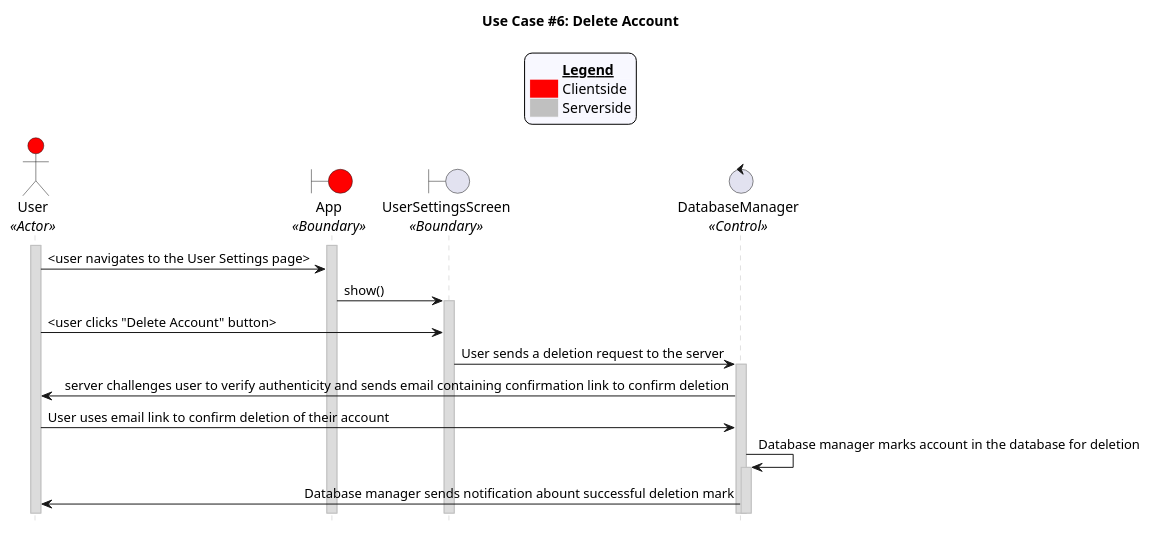
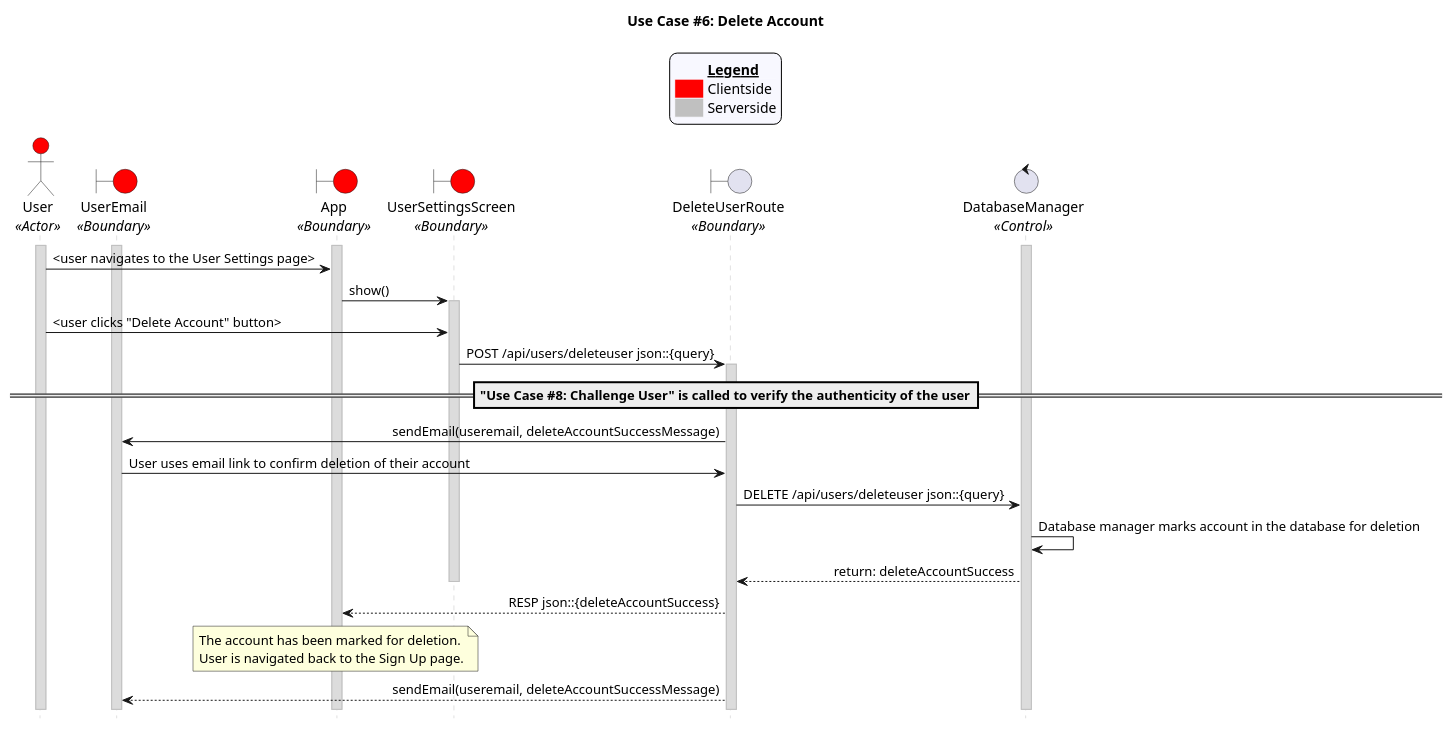
The diagram in uc_06.puml (CECS-491-SP24-Group-1/seq-diagrams), drawn with PlantUML before and after one commit.

```diff
--- a/uc_06.puml
+++ b/uc_06.puml
@@ -1,66 +1,81 @@
 @startuml uc06
 title "Use Case #6: Delete Account"
 
 'Styling goes here
 hide footbox
 skinparam stereotypePosition bottom
 skinparam sequenceMessageAlign direction
 skinparam sequence {
 	LifeLineBorderColor #Silver
 	LifeLineBackgroundColor #Gainsboro
 }
 
 'Add a legend plus styling
 skinparam legend {
 	backgroundColor #GhostWhite
 	entrySeparator #GhostWhite
 }
 
 legend top
 	<#GhostWhite,#GhostWhite>|	|= __Legend__ |
 	|<#red> | Clientside|
 	|<#silver> | Serverside|
 endlegend
 
 'Setup the objects
 actor User as u <<Actor>> #red
+boundary UserEmail as ue <<Boundary>> #red
 boundary App as a <<Boundary>> #red
-boundary UserSettingsScreen as uss <<Boundary>>
+boundary UserSettingsScreen as uss <<Boundary>> #red
+boundary DeleteUserRoute as dur <<Boundary>> 
 control DatabaseManager as db <<Control>>
 boundary Database as db <<Boundary>>
 
 'Setup persistent objects here
 activate u
 activate a
+activate db
+activate ue
 
 '--- FLOW OF CONTROL STARTS HERE ---
 
 'User navigates to the "User settings page
 u -> a: <user navigates to the User Settings page>
 a -> uss: show()
 activate uss
 
 'User clicks "Delete Account" button
 u -> uss: <user clicks "Delete Account" button>
 
 'Users device sends a deletion request to the server
-uss -> db: User sends a deletion request to the server
-activate db
-
+uss -> dur: POST /api/users/deleteuser json::{query}
+activate dur
 
 'Server challenges user to verify the authenticity of the user
-db -> u: server challenges user to verify authenticity and sends email containing confirmation link to confirm deletion
+=="Use Case #8: Challenge User" is called to verify the authenticity of the user==
 
 'User recieves the email and clicks the link to finish the process of deleting account
-u -> db: User uses email link to confirm deletion of their account
+dur -> ue: sendEmail(useremail, deleteAccountSuccessMessage)
+ue -> dur: User uses email link to confirm deletion of their account
+dur -> db: DELETE /api/users/deleteuser json::{query}
 
 'Database manager marks the account for deletion and sends the user a notification via email
 db -> db: Database manager marks account in the database for deletion
-activate db
 
 'Database manager sends notification email once account is marked for deletion
-db -> u: Database manager sends notification abount successful deletion mark
+db --> dur: return: deleteAccountSuccess
+deactivate uss
+
+' NOTE: Not sure if this part is correct because route no longer exisis
+dur --> a: RESP json::{deleteAccountSuccess}
+
+note over a
+  The account has been marked for deletion.
+  User is navigated back to the Sign Up page.
+end note
+
+dur --> ue: sendEmail(useremail, deleteAccountSuccessMessage)
 '--- FLOW OF CONTROL ENDS HERE   ---
 
 
 @enduml
```
